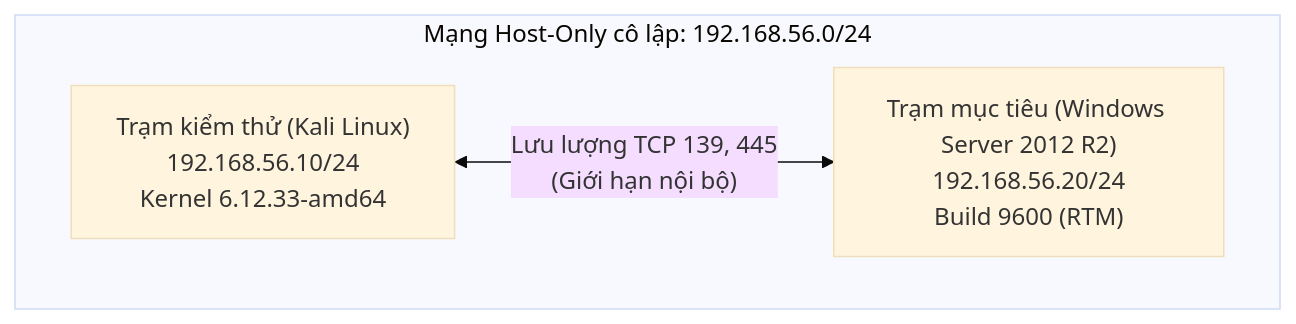
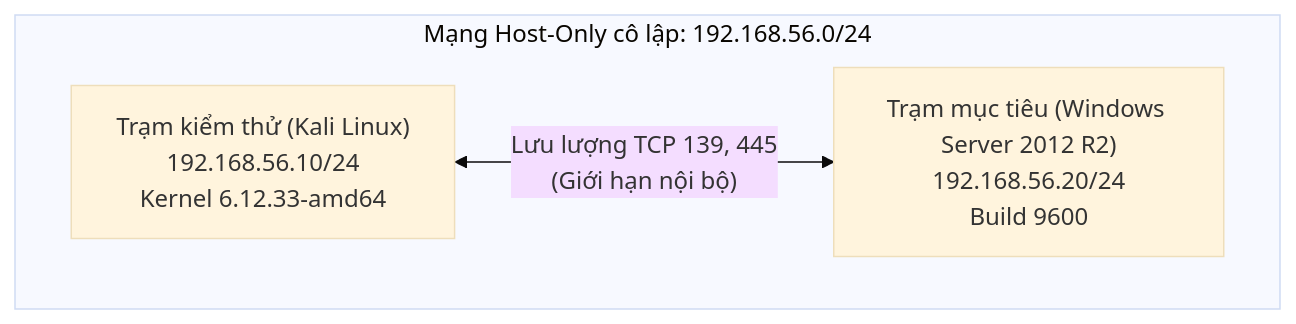
The diagram in work/do-an/CHAPTER_2.md (wrust0608/word-ppt-auto), drawn with Mermaid (base theme) before and after one commit. The commit also changed other lines of this file and 2 other files, not shown here.

````diff
--- a/work/do-an/CHAPTER_2.md
+++ b/work/do-an/CHAPTER_2.md
@@ -19,9 +19,9 @@
 ```mermaid
 flowchart LR
     subgraph HostOnlyNetwork [Mạng Host-Only cô lập: 192.168.56.0/24]
         direction LR
         Attacker["Trạm kiểm thử (Kali Linux)<br/>192.168.56.10/24<br/>Kernel 6.12.33-amd64"]
-        Target["Trạm mục tiêu (Windows Server 2012 R2)<br/>192.168.56.20/24<br/>Build 9600 (RTM)"]
+        Target["Trạm mục tiêu (Windows Server 2012 R2)<br/>192.168.56.20/24<br/>Build 9600"]
         Attacker <-->|"Lưu lượng TCP 139, 445<br/>(Giới hạn nội bộ)"| Target
     end
 ```
````
